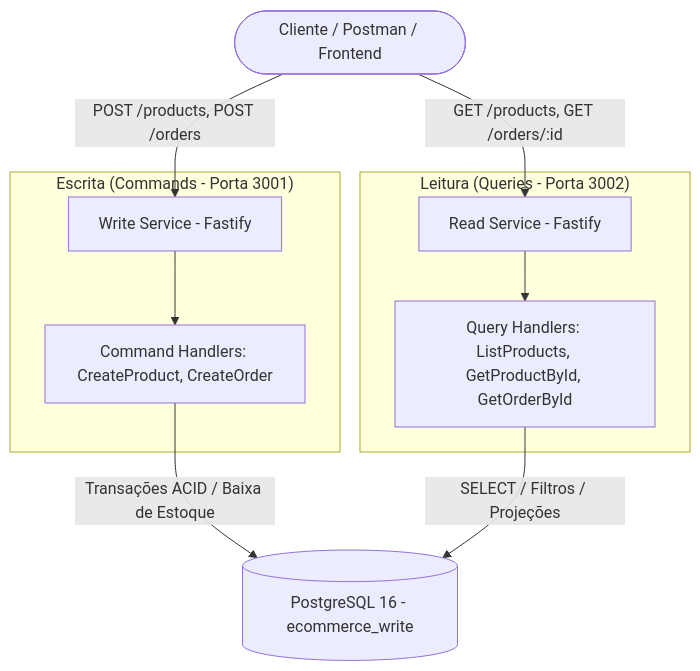
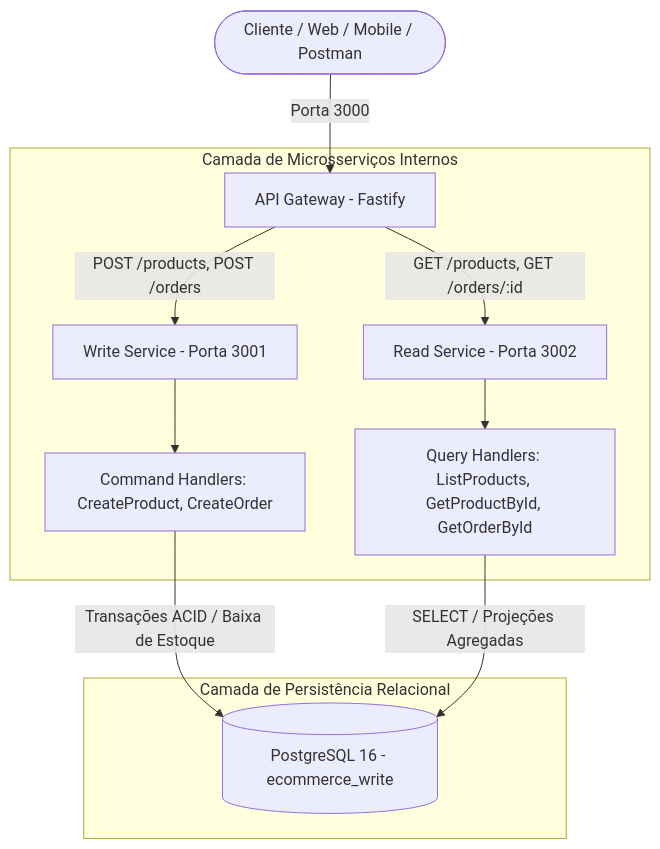
The diagram in README.md (TiagoFerr/ecommerce-cqrs-cdc), drawn with Mermaid before and after one commit. The commit also changed other lines of this file and 3 other files, not shown here.

Commit message:
docs(phase-3): add adr 004, update postman collection and docker-compose for api-gateway

````diff
--- a/README.md
+++ b/README.md
@@ -33,22 +34,17 @@
 ```mermaid
 graph TD
-    Client([Cliente / Postman / Frontend])
+    Client([Cliente / Web / Mobile / Postman]) -->|Porta 3000| Gateway[API Gateway - Fastify]
 
-    subgraph "Escrita (Commands - Porta 3001)"
-        WS[Write Service - Fastify]
-        CH[Command Handlers: CreateProduct, CreateOrder]
-        WS --> CH
+    subgraph "Camada de Microsserviços Internos"
+        Gateway -->|POST /products, POST /orders| WS[Write Service - Porta 3001]
+        Gateway -->|GET /products, GET /orders/:id| RS[Read Service - Porta 3002]
+        
+        WS --> CH[Command Handlers: CreateProduct, CreateOrder]
+        RS --> QH[Query Handlers: ListProducts, GetProductById, GetOrderById]
     end
 
-    subgraph "Leitura (Queries - Porta 3002)"
-        RS[Read Service - Fastify]
-        QH[Query Handlers: ListProducts, GetProductById, GetOrderById]
-        RS --> QH
+    subgraph "Camada de Persistência Relacional"
+        CH -->|Transações ACID / Baixa de Estoque| PG[(PostgreSQL 16 - ecommerce_write)]
+        QH -->|SELECT / Projeções Agregadas| PG
     end
-
-    Client -->|POST /products, POST /orders| WS
-    Client -->|GET /products, GET /orders/:id| RS
-
-    CH -->|Transações ACID / Baixa de Estoque| PG[(PostgreSQL 16 - ecommerce_write)]
-    QH -->|SELECT / Filtros / Projeções| PG
 ```
````
